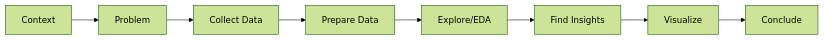
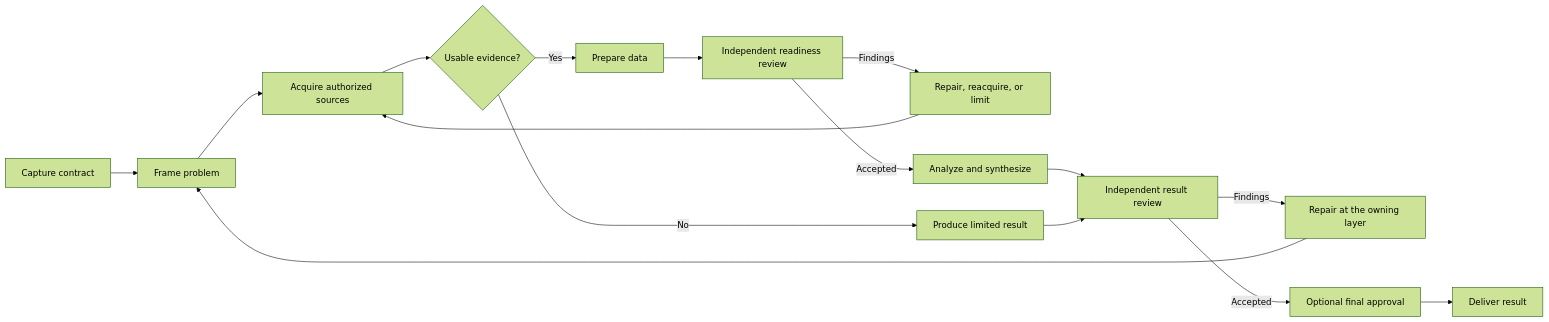
The diagram in packages/docs/src/content/docs/docs/reference/workflows/data-analysis.mdx (moira-mcp/moira), drawn with Mermaid (forest theme) before and after one commit. The commit also changed other lines of this file and 72 other files, not shown here.

````diff
--- a/packages/docs/src/content/docs/docs/reference/workflows/data-analysis.mdx
+++ b/packages/docs/src/content/docs/docs/reference/workflows/data-analysis.mdx
@@ -18,10 +36,18 @@
 ```mermaid
 flowchart LR
-    A[Context] --> B[Problem]
-    B --> C[Collect Data]
-    C --> D[Prepare Data]
-    D --> E[Explore/EDA]
-    E --> F[Find Insights]
-    F --> G[Visualize]
-    G --> H[Conclude]
+    A[Capture contract] --> B[Frame problem]
+    B --> C[Acquire authorized sources]
+    C --> D{Usable evidence?}
+    D -->|Yes| E[Prepare data]
+    E --> F[Independent readiness review]
+    F -->|Findings| G[Repair, reacquire, or limit]
+    G --> C
+    F -->|Accepted| H[Analyze and synthesize]
+    D -->|No| I[Produce limited result]
+    H --> J[Independent result review]
+    I --> J
+    J -->|Findings| K[Repair at the owning layer]
+    K --> B
+    J -->|Accepted| L[Optional final approval]
+    L --> M[Deliver result]
 ```
````
